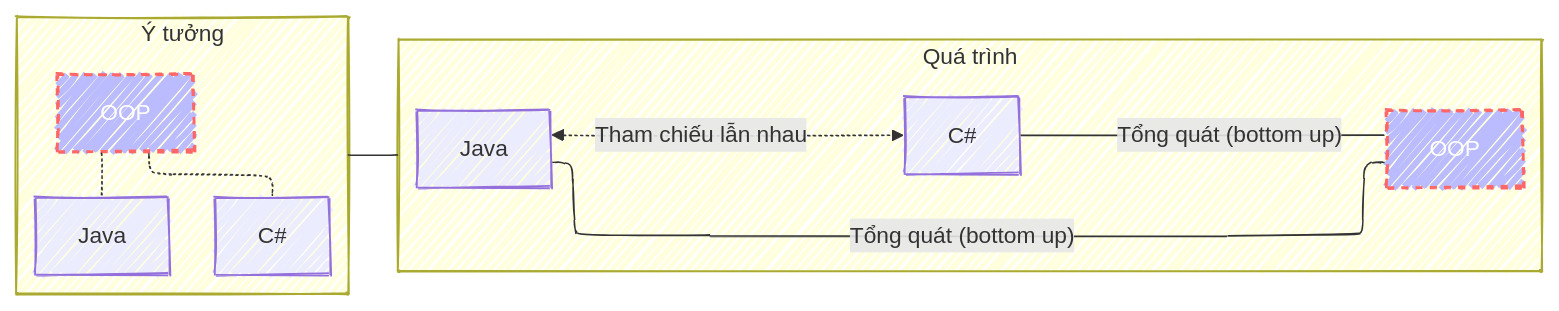
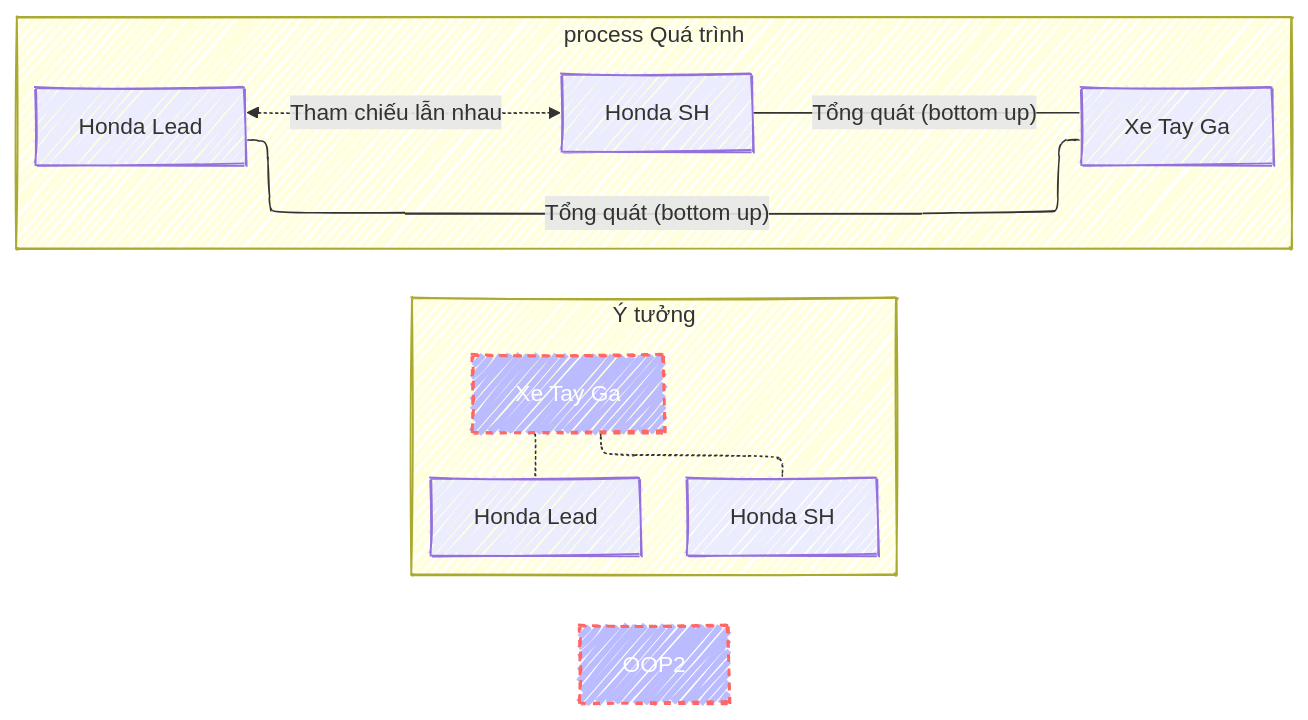
One commit to laiduyha/wei-he changed the first of 3 diagrams in _posts/2024-06-20-cay-kien-thuc.md. Above: the diagram before and after it, drawn with Mermaid. The commit also changed other lines of this file, not shown here.

````diff
--- a/_posts/2024-06-20-cay-kien-thuc.md
+++ b/_posts/2024-06-20-cay-kien-thuc.md
@@ -50,35 +50,33 @@
 ```mermaid
 ---
 config:
   layout: elk
   look: handDrawn
 ---
 
 flowchart LR
-  subgraph concept[Ý tưởng]
+  subgraph Ý tưởng
     direction TB
-    OOP[OOP]
-    Java[Java]
-    C#[C#]
+    tayga[Xe Tay Ga]
+    lead[Honda Lead]
+    sh[Honda SH]
 
-    OOP-.-Java
-    OOP-.-C#
+    tayga-.-lead
+    tayga-.-sh
 
-    style OOP fill:#bbf,stroke:#f66,stroke-width:2px,color:#fff,stroke-dasharray: 5 5
+    style tayga fill:#bbf,stroke:#f66,stroke-width:2px,color:#fff,stroke-dasharray: 5 5
   end
 
-  subgraph process[Quá trình]
+  subgraph process Quá trình
     direction LR
-    OOP2[OOP]
-    Java2[Java]
-    C#2[C#]
+    tayga2[Xe Tay Ga]
+    lead2[Honda Lead]
+    sh2[Honda SH]
 
-    Java2-- Tổng quát (bottom up) ---OOP2
-    C#2-- Tổng quát (bottom up) ---OOP2
+    lead2-- Tổng quát (bottom up) ---tayga2
+    sh2-- Tổng quát (bottom up) ---tayga2
 
-    Java2<-.Tham chiếu lẫn nhau.->C#2
+    lead2<-.Tham chiếu lẫn nhau.->sh2
     style OOP2 fill:#bbf,stroke:#f66,stroke-width:2px,color:#fff,stroke-dasharray: 5 5
   end
-
-  concept---process
 ```
````
